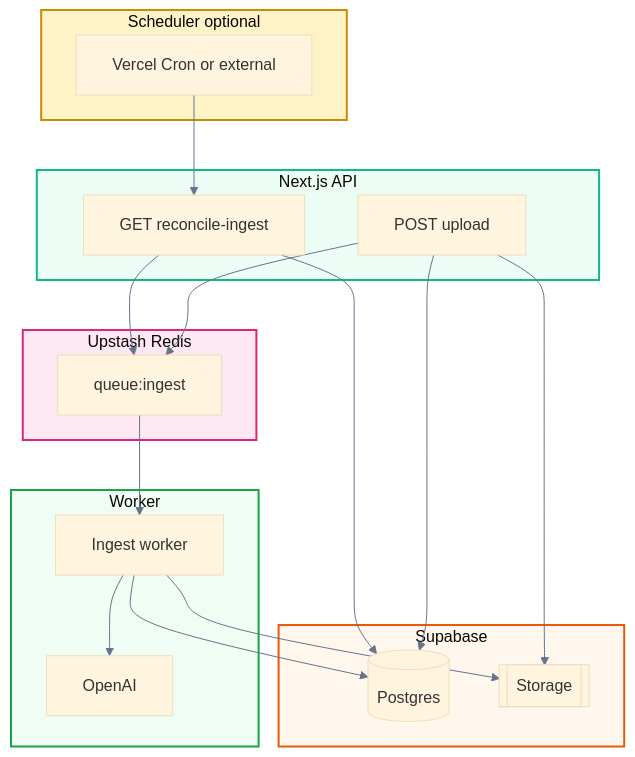
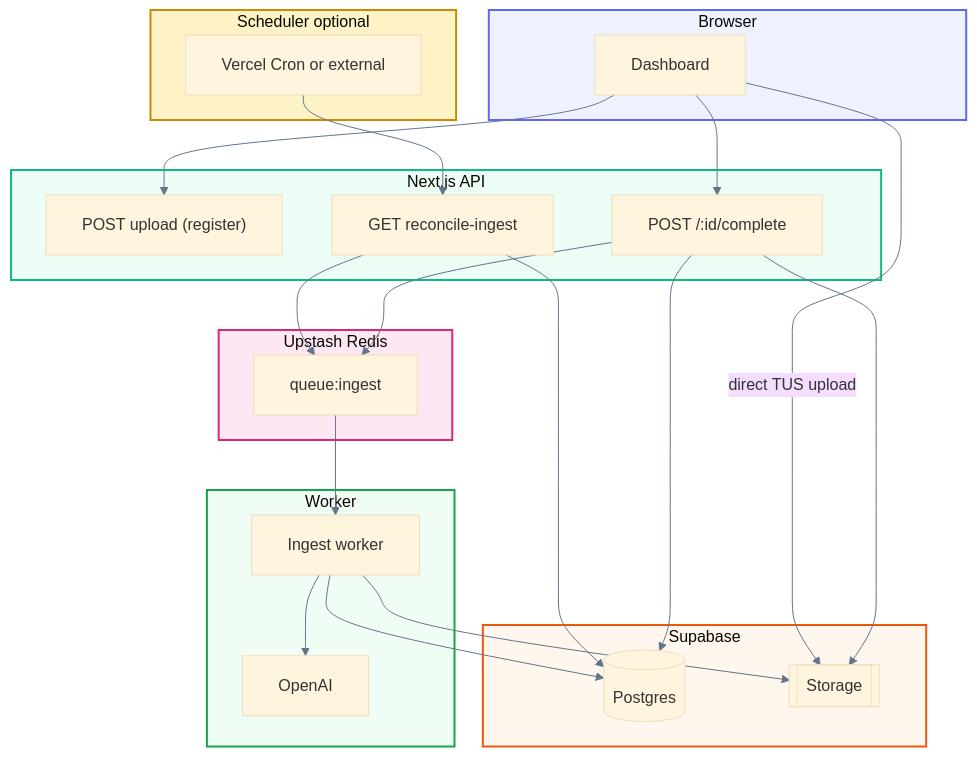
Before and after one commit to parmeet1402/ai-workflow-platform: the second of 7 diagrams in docs/document-management.md, drawn with Mermaid. The commit also changed other lines of this file and 17 other files, not shown here.

````diff
--- a/docs/document-management.md
+++ b/docs/document-management.md
@@ -92,50 +103,59 @@
 ```mermaid
 %%{init: {
   "theme": "base",
   "flowchart": { "curve": "basis", "padding": 18 },
   "themeVariables": {
     "fontFamily": "ui-sans-serif, system-ui, sans-serif",
     "lineColor": "#64748b"
   }
 }}%%
 flowchart TB
   subgraph schedLayer [Scheduler optional]
     CronTrigger[Vercel Cron or external]
   end
 
+  subgraph browserIngest [Browser]
+    Dash[Dashboard]
+  end
+
   subgraph nextIngest [Next.js API]
-    UploadRoute[POST upload]
+    UploadRoute["POST upload (register)"]
+    CompleteRoute["POST /:id/complete"]
     ReconcileRoute[GET reconcile-ingest]
   end
 
   subgraph supaIngest [Supabase]
     DbIngest[("Postgres")]
     StIngest[["Storage"]]
   end
 
   subgraph redisLayer [Upstash Redis]
     QueueKey[queue:ingest]
   end
 
   subgraph workerLayer [Worker]
     Proc[Ingest worker]
     OAI[OpenAI]
   end
 
   CronTrigger --> ReconcileRoute
   ReconcileRoute --> DbIngest
   ReconcileRoute --> QueueKey
-  UploadRoute --> StIngest
-  UploadRoute --> DbIngest
-  UploadRoute --> QueueKey
+  Dash --> UploadRoute
+  Dash -->|"direct TUS upload"| StIngest
+  Dash --> CompleteRoute
+  CompleteRoute --> StIngest
+  CompleteRoute --> DbIngest
+  CompleteRoute --> QueueKey
   QueueKey --> Proc
   Proc --> DbIngest
   Proc --> StIngest
   Proc --> OAI
 
   style schedLayer fill:#fef3c7,stroke:#ca8a04,stroke-width:2px
+  style browserIngest fill:#eef2ff,stroke:#6366f1,stroke-width:2px
   style nextIngest fill:#ecfdf5,stroke:#10b981,stroke-width:2px
   style supaIngest fill:#fff7ed,stroke:#ea580c,stroke-width:2px
   style redisLayer fill:#fce7f3,stroke:#db2777,stroke-width:2px
   style workerLayer fill:#f0fdf4,stroke:#16a34a,stroke-width:2px
 ```
````
